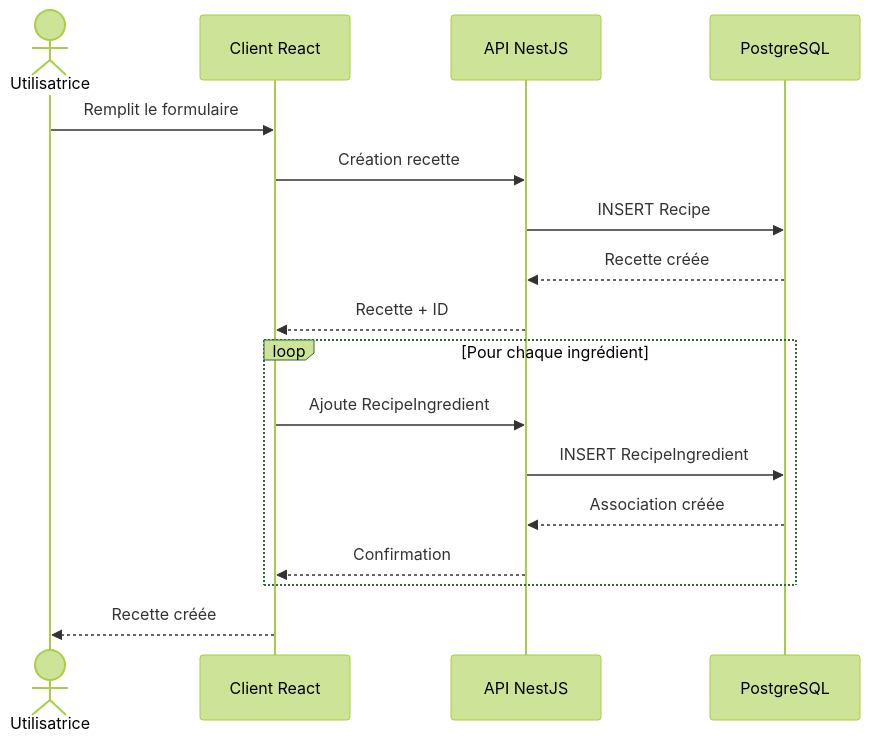
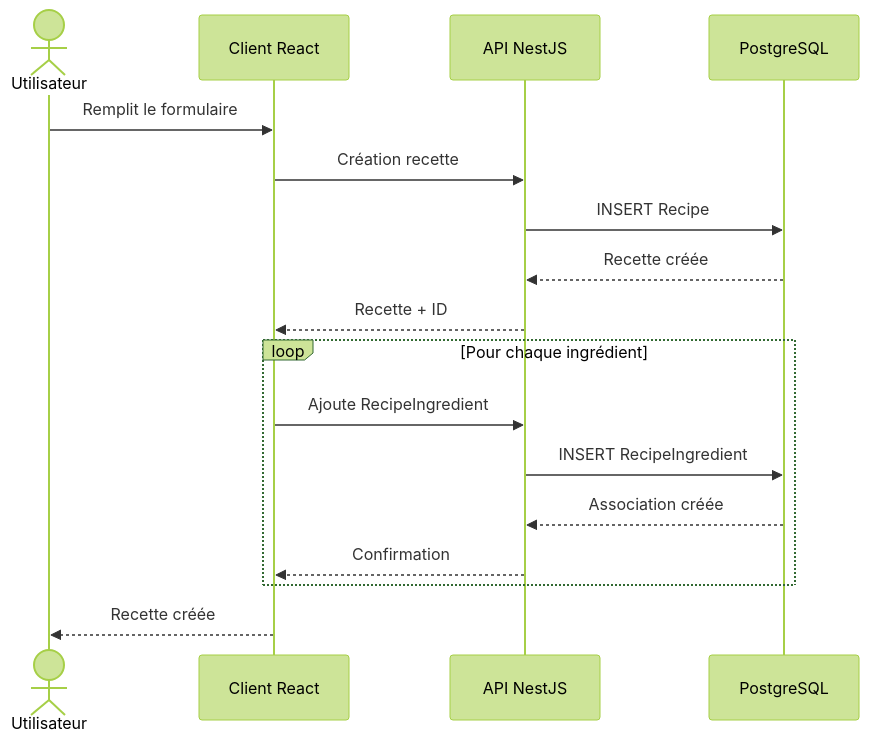
Before and after one commit to Hanari10/Supmeal: the second of 3 diagrams in documentation/conception.md, drawn with Mermaid (forest theme). The commit also changed other lines of this file and 19 other files, not shown here.

````diff
--- a/documentation/conception.md
+++ b/documentation/conception.md
@@ -866,23 +931,23 @@
 ```mermaid
 sequenceDiagram
 
-    actor U as Utilisatrice
+    actor U as Utilisateur
     participant F as Client React
     participant A as API NestJS
     participant D as PostgreSQL
 
     U->>F: Remplit le formulaire
     F->>A: Création recette
     A->>D: INSERT Recipe
     D-->>A: Recette créée
     A-->>F: Recette + ID
 
     loop Pour chaque ingrédient
         F->>A: Ajoute RecipeIngredient
         A->>D: INSERT RecipeIngredient
         D-->>A: Association créée
         A-->>F: Confirmation
     end
 
     F-->>U: Recette créée
 ```
````
